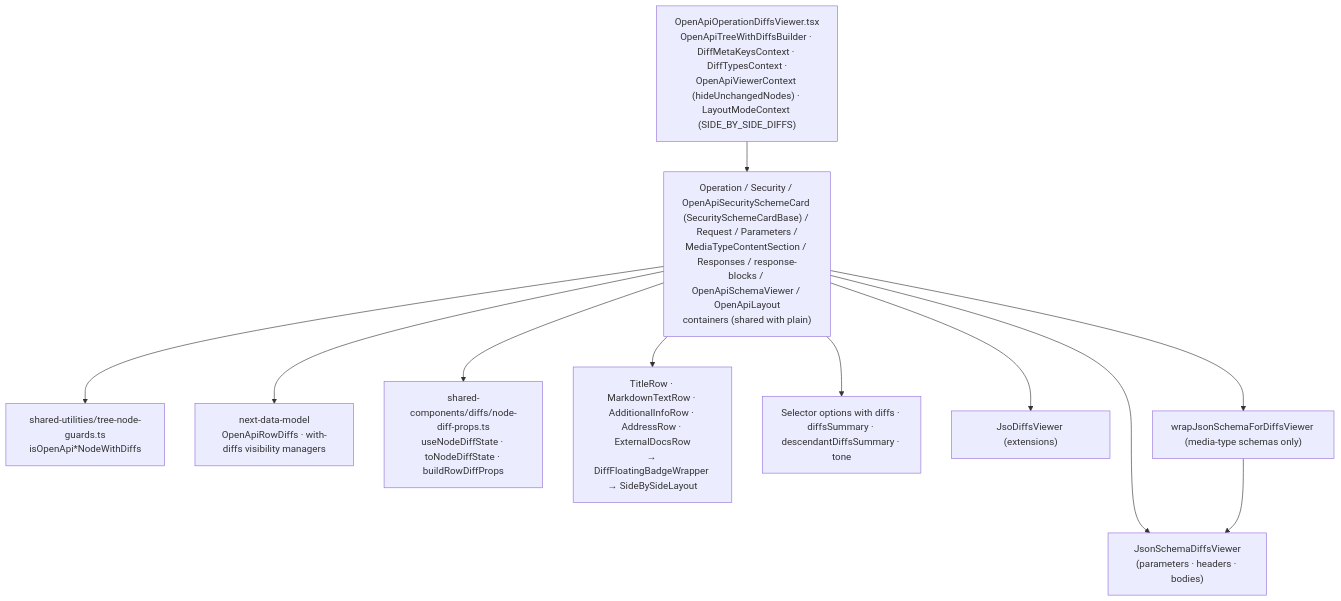
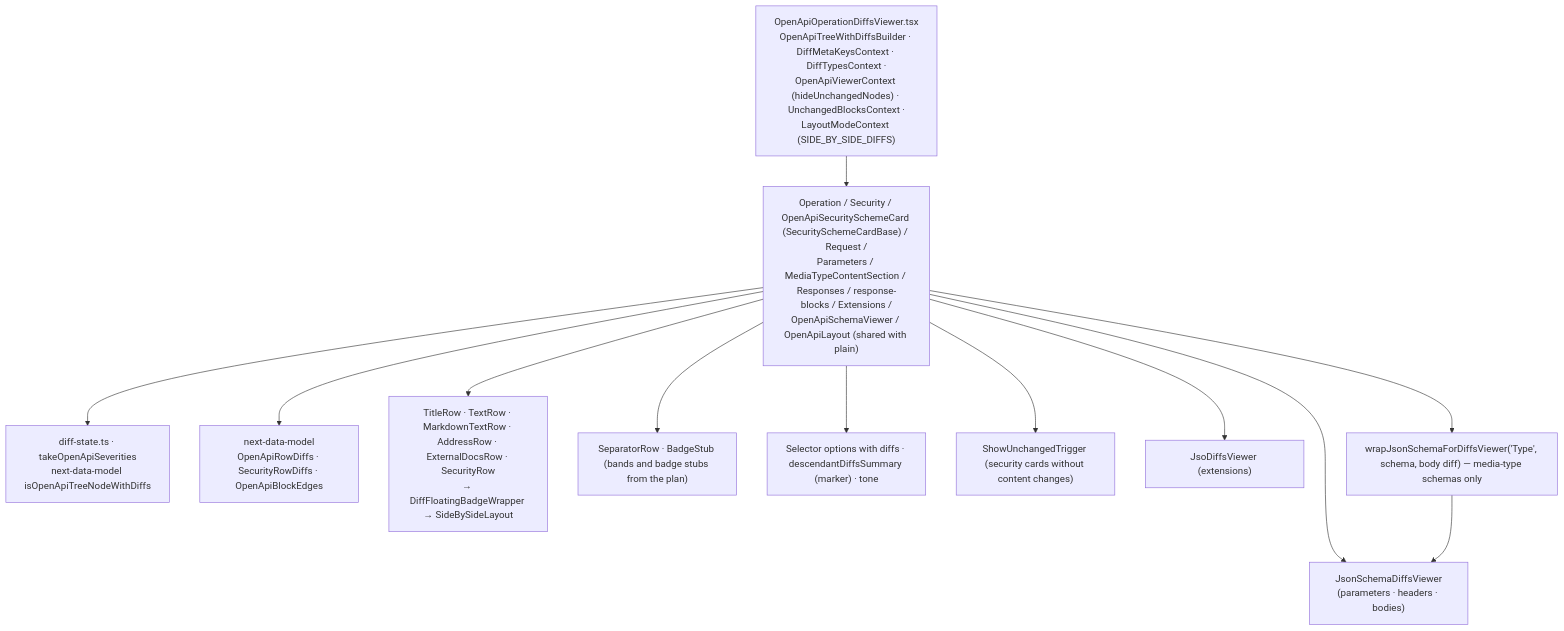
The diagram in docs/design/openapi/architecture/viewer-with-diffs.md (Netcracker/qubership-apihub-api-doc-viewer), drawn with Mermaid before and after one commit. The commit also changed other lines of this file and 52 other files, not shown here.

````diff
--- a/docs/design/openapi/architecture/viewer-with-diffs.md
+++ b/docs/design/openapi/architecture/viewer-with-diffs.md
@@ -12,24 +14,26 @@
 ```mermaid
 flowchart TB
-  RootD["OpenApiOperationDiffsViewer.tsx<br/>OpenApiTreeWithDiffsBuilder · DiffMetaKeysContext · DiffTypesContext ·<br/>OpenApiViewerContext (hideUnchangedNodes) · LayoutModeContext (SIDE_BY_SIDE_DIFFS)"]
-  Containers["Operation / Security / OpenApiSecuritySchemeCard (SecuritySchemeCardBase) / Request / Parameters /<br/>MediaTypeContentSection / Responses / response-blocks / OpenApiSchemaViewer / OpenApiLayout<br/>containers (shared with plain)"]
-  Guards["shared-utilities/tree-node-guards.ts<br/>isOpenApi*NodeWithDiffs"]
-  RowDiffs["next-data-model<br/>OpenApiRowDiffs · with-diffs visibility managers"]
-  DiffState["shared-components/diffs/node-diff-props.ts<br/>useNodeDiffState · toNodeDiffState · buildRowDiffProps"]
-  Rows["TitleRow · MarkdownTextRow · AdditionalInfoRow · AddressRow · ExternalDocsRow<br/>→ DiffFloatingBadgeWrapper → SideBySideLayout"]
-  Selectors["Selector options with diffs · diffsSummary · descendantDiffsSummary · tone"]
+  RootD["OpenApiOperationDiffsViewer.tsx<br/>OpenApiTreeWithDiffsBuilder · DiffMetaKeysContext · DiffTypesContext ·<br/>OpenApiViewerContext (hideUnchangedNodes) · UnchangedBlocksContext ·<br/>LayoutModeContext (SIDE_BY_SIDE_DIFFS)"]
+  Containers["Operation / Security / OpenApiSecuritySchemeCard (SecuritySchemeCardBase) / Request /<br/>Parameters / MediaTypeContentSection / Responses / response-blocks / Extensions /<br/>OpenApiSchemaViewer / OpenApiLayout (shared with plain)"]
+  DiffState["diff-state.ts · takeOpenApiSeverities<br/>next-data-model isOpenApiTreeNodeWithDiffs"]
+  RowDiffs["next-data-model<br/>OpenApiRowDiffs · SecurityRowDiffs · OpenApiBlockEdges"]
+  Rows["TitleRow · TextRow · MarkdownTextRow · AddressRow · ExternalDocsRow · SecurityRow<br/>→ DiffFloatingBadgeWrapper → SideBySideLayout"]
+  Separators["SeparatorRow · BadgeStub (bands and badge stubs from the plan)"]
+  Selectors["Selector options with diffs · descendantDiffsSummary (marker) · tone"]
+  Hiding["ShowUnchangedTrigger (security cards without content changes)"]
   JsonSchemaD["JsonSchemaDiffsViewer<br/>(parameters · headers · bodies)"]
   JsoD["JsoDiffsViewer (extensions)"]
-  Wrap["wrapJsonSchemaForDiffsViewer (media-type schemas only)"]
+  Wrap["wrapJsonSchemaForDiffsViewer('Type', schema, body diff) — media-type schemas only"]
 
   RootD --> Containers
-  Containers --> Guards
+  Containers --> DiffState
   Containers --> RowDiffs
-  Containers --> DiffState
   Containers --> Rows
+  Containers --> Separators
   Containers --> Selectors
+  Containers --> Hiding
   Containers --> Wrap
   Containers --> JsonSchemaD
   Wrap --> JsonSchemaD
   Containers --> JsoD
 ```
````
